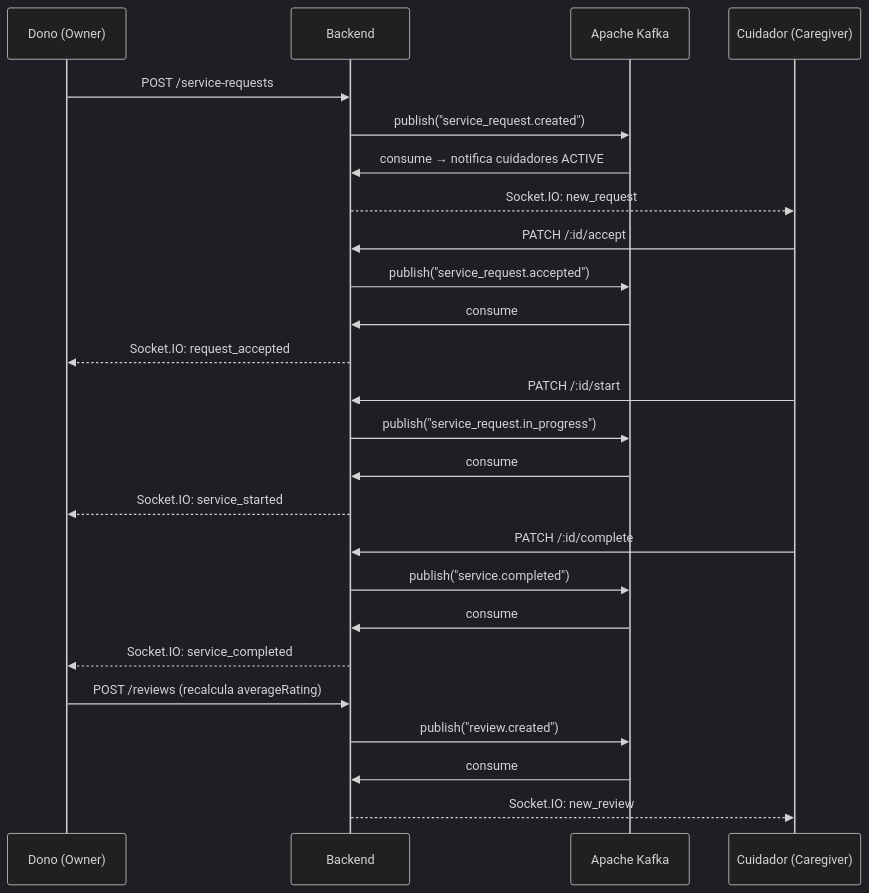
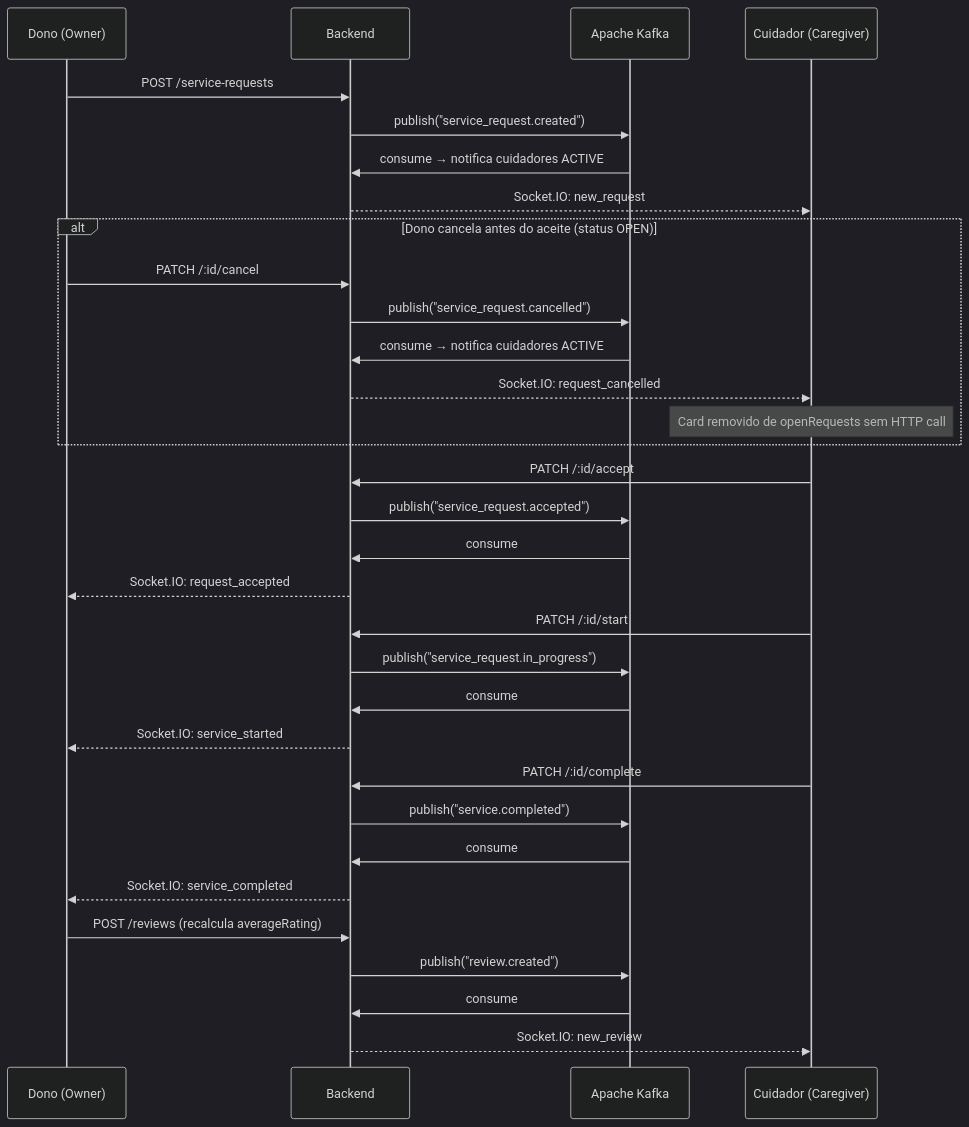
The second of 2 diagrams in docs/Integracao_Mom.md (marcosffp/plantao-pet-system), drawn with Mermaid (dark theme) before and after one commit. The commit also changed 11 other files, not shown here.

````diff
--- a/docs/Integracao_Mom.md
+++ b/docs/Integracao_Mom.md
@@ -294,32 +294,40 @@
 ```mermaid
 sequenceDiagram
     participant O as Dono (Owner)
     participant B as Backend
     participant K as Apache Kafka
     participant C as Cuidador (Caregiver)
 
     O->>B: POST /service-requests
     B->>K: publish("service_request.created")
     K->>B: consume → notifica cuidadores ACTIVE
     B-->>C: Socket.IO: new_request
+
+    alt Dono cancela antes do aceite (status OPEN)
+      O->>B: PATCH /:id/cancel
+      B->>K: publish("service_request.cancelled")
+      K->>B: consume → notifica cuidadores ACTIVE
+      B-->>C: Socket.IO: request_cancelled
+      Note over C: Card removido de openRequests sem HTTP call
+    end
 
     C->>B: PATCH /:id/accept
     B->>K: publish("service_request.accepted")
     K->>B: consume
     B-->>O: Socket.IO: request_accepted
 
     C->>B: PATCH /:id/start
     B->>K: publish("service_request.in_progress")
     K->>B: consume
     B-->>O: Socket.IO: service_started
 
     C->>B: PATCH /:id/complete
     B->>K: publish("service.completed")
     K->>B: consume
     B-->>O: Socket.IO: service_completed
 
     O->>B: POST /reviews (recalcula averageRating)
     B->>K: publish("review.created")
     K->>B: consume
     B-->>C: Socket.IO: new_review
 ```
````
